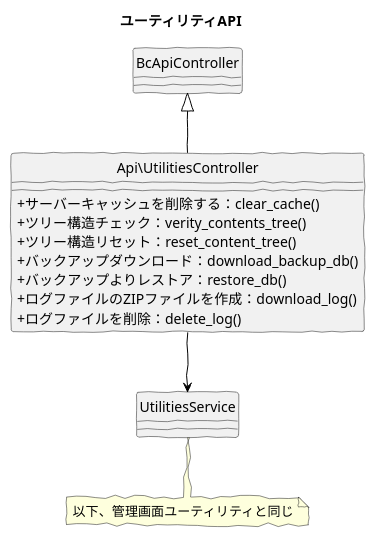
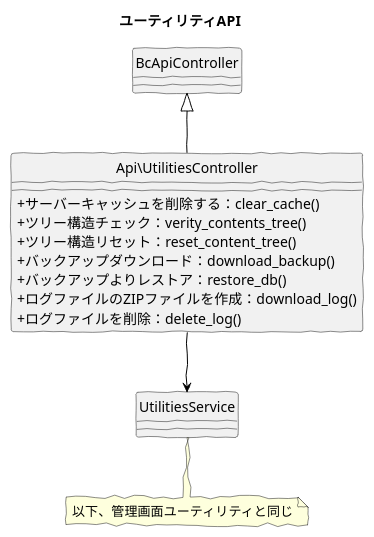
The diagram in src/puml/5/ucmitz/svg/class/api_utilities.puml (baserproject/baserproject.github.io), drawn with PlantUML before and after one commit. The commit also changed 1 other file, not shown here.

```diff
--- a/src/puml/5/ucmitz/svg/class/api_utilities.puml
+++ b/src/puml/5/ucmitz/svg/class/api_utilities.puml
@@ -1,25 +1,25 @@
 @startuml
 skinparam handwritten true
 skinparam backgroundColor white
 hide circle
 skinparam classAttributeIconSize 0
 
 title ユーティリティAPI
 
 class Api\UtilitiesController {
 	+ サーバーキャッシュを削除する：clear_cache()	
 	+ ツリー構造チェック：verity_contents_tree()
 	+ ツリー構造リセット：reset_content_tree()
-	+ バックアップダウンロード：download_backup_db()
+	+ バックアップダウンロード：download_backup()
 	+ バックアップよりレストア：restore_db()
 	+ ログファイルのZIPファイルを作成：download_log()
 	+ ログファイルを削除：delete_log()
 }
 
 Api\UtilitiesController -down[#Black]-> UtilitiesService
 Api\UtilitiesController -up[#Black]-|> BcApiController
 
 note "以下、管理画面ユーティリティと同じ" as note
 UtilitiesService .. note
 
 @enduml
```
